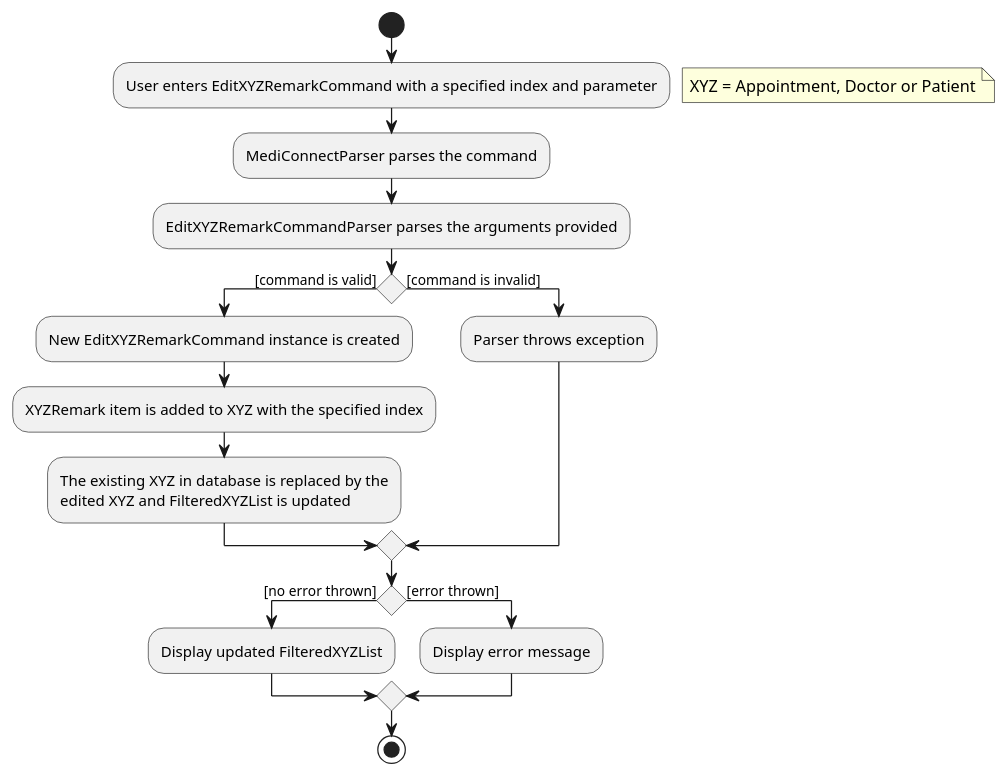
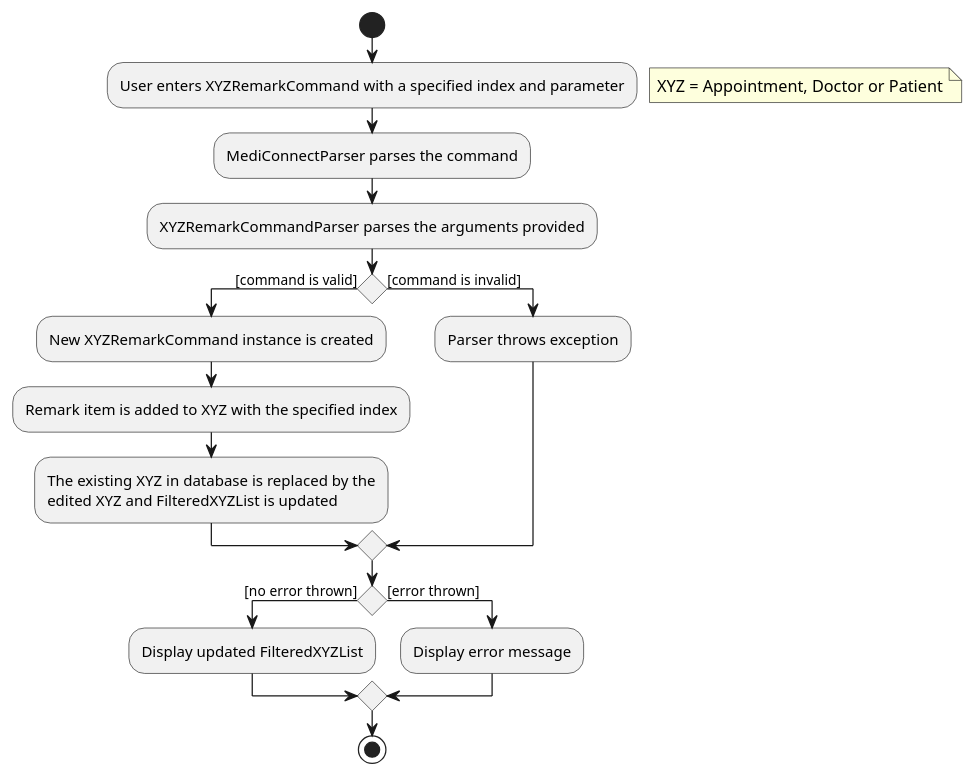
One commit to yanghengtang/tp changed the diagram in docs/diagrams/EditXYZRemarkActivityDiagram.puml. Above: the diagram before and after it, drawn with PlantUML. The commit also changed 1 other file, not shown here.

Commit message:
Update EditXYZRemarkActivityDiagram

```diff
--- a/docs/diagrams/EditXYZRemarkActivityDiagram.puml
+++ b/docs/diagrams/EditXYZRemarkActivityDiagram.puml
@@ -1,26 +1,26 @@
 @startuml
 'https://plantuml.com/activity-diagram-beta
 
 start
-:User enters EditXYZRemarkCommand with a specified index and parameter;
+:User enters XYZRemarkCommand with a specified index and parameter;
 floating note right
     XYZ = Appointment, Doctor or Patient
 end note
 :MediConnectParser parses the command;
-:EditXYZRemarkCommandParser parses the arguments provided;
+:XYZRemarkCommandParser parses the arguments provided;
 if () then ([command is valid])
-  :New EditXYZRemarkCommand instance is created;
-  :XYZRemark item is added to XYZ with the specified index;
+  :New XYZRemarkCommand instance is created;
+  :Remark item is added to XYZ with the specified index;
   :The existing XYZ in database is replaced by the
   edited XYZ and FilteredXYZList is updated;
 else ([command is invalid])
   :Parser throws exception;
 endif
 if () then ([no error thrown])
   :Display updated FilteredXYZList;
 else ([error thrown])
   :Display error message;
 endif
 stop
 
 @enduml
```
